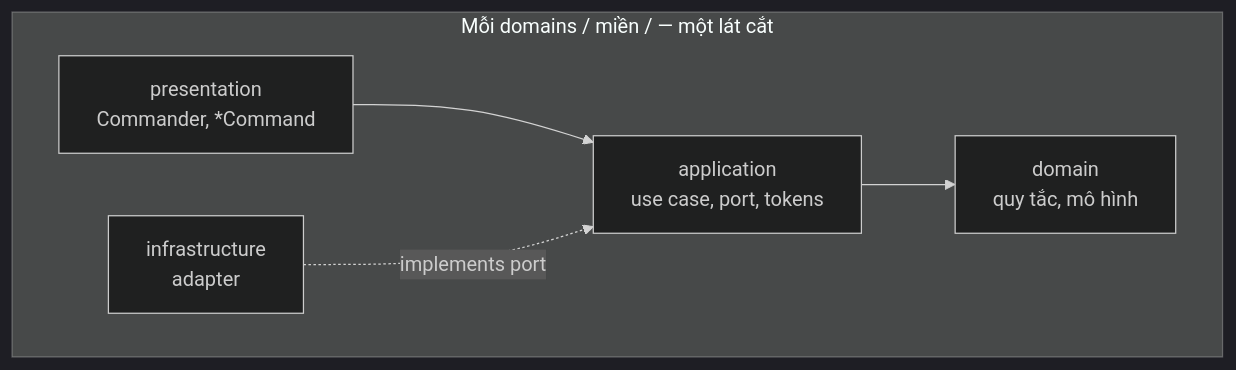
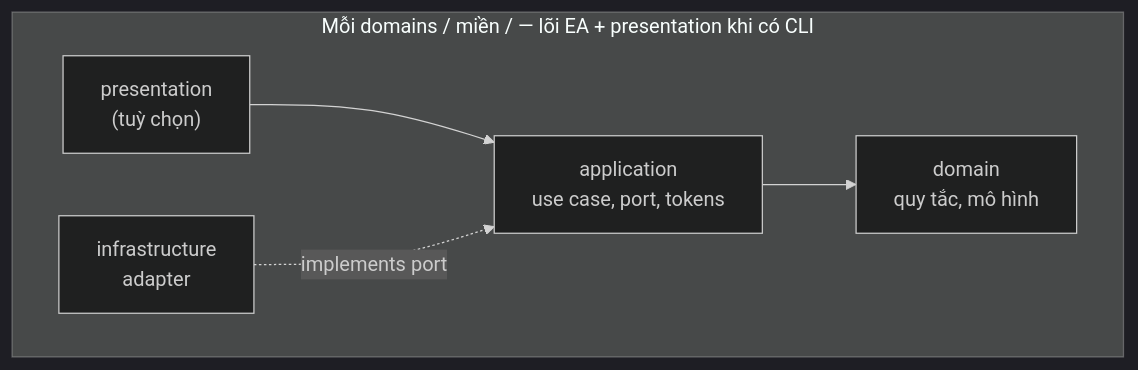
The diagram in packages/cli/SPEC.md (codefastlabs/codefast), drawn with Mermaid (dark theme) before and after one commit. The commit also changed other lines of this file, not shown here.

First line of the commit message:
docs(cli): enhance design specification with new sections and clarifications

````diff
--- a/packages/cli/SPEC.md
+++ b/packages/cli/SPEC.md
@@ -597,12 +729,12 @@
 ```mermaid
 flowchart TB
-  subgraph slice["Mỗi domains / miền / — một lát cắt"]
-    P["presentation\nCommander, *Command"]
+  subgraph slice["Mỗi domains / miền / — lõi EA + presentation khi có CLI"]
+    P["presentation\n(tuỳ chọn)"]
     A["application\nuse case, port, tokens"]
     D["domain\nquy tắc, mô hình"]
     I["infrastructure\nadapter"]
   end
   P --> A
   A --> D
   I -.->|implements port| A
 ```
````
